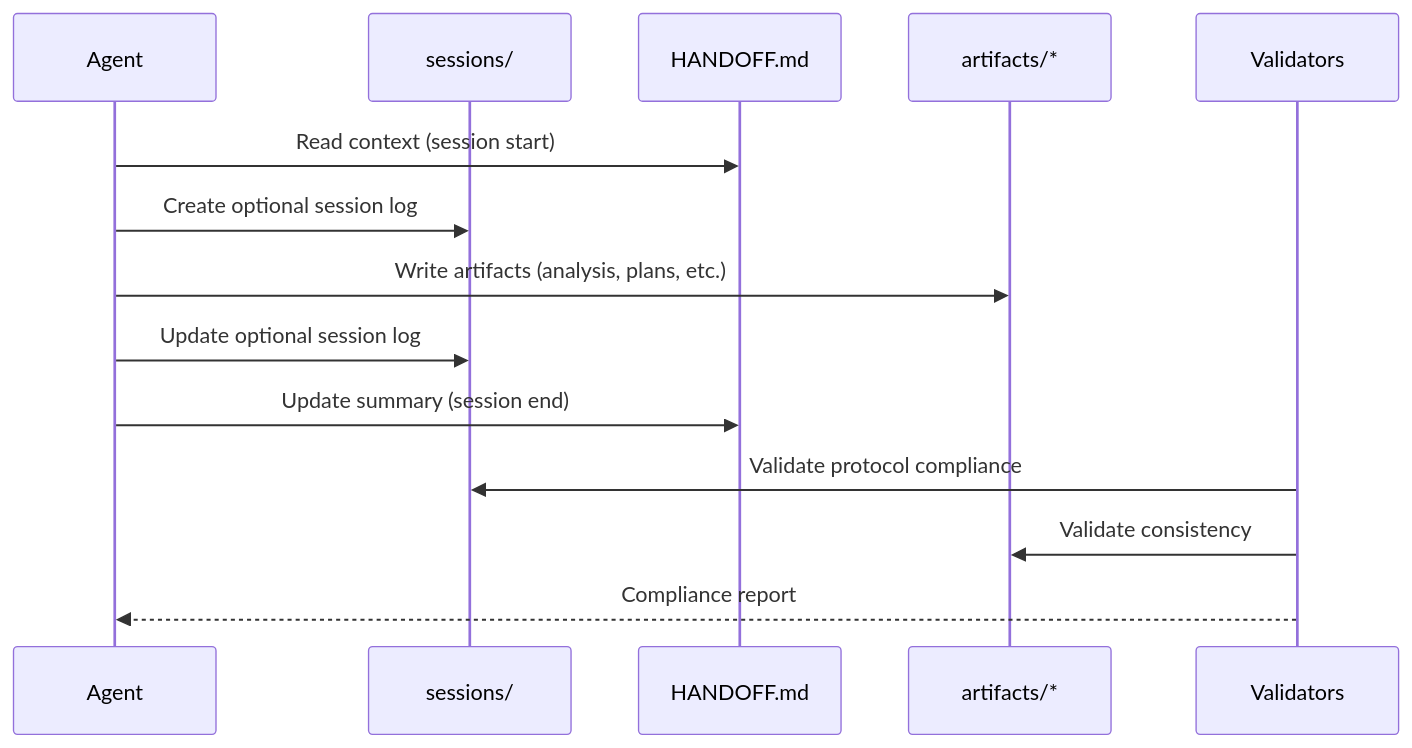
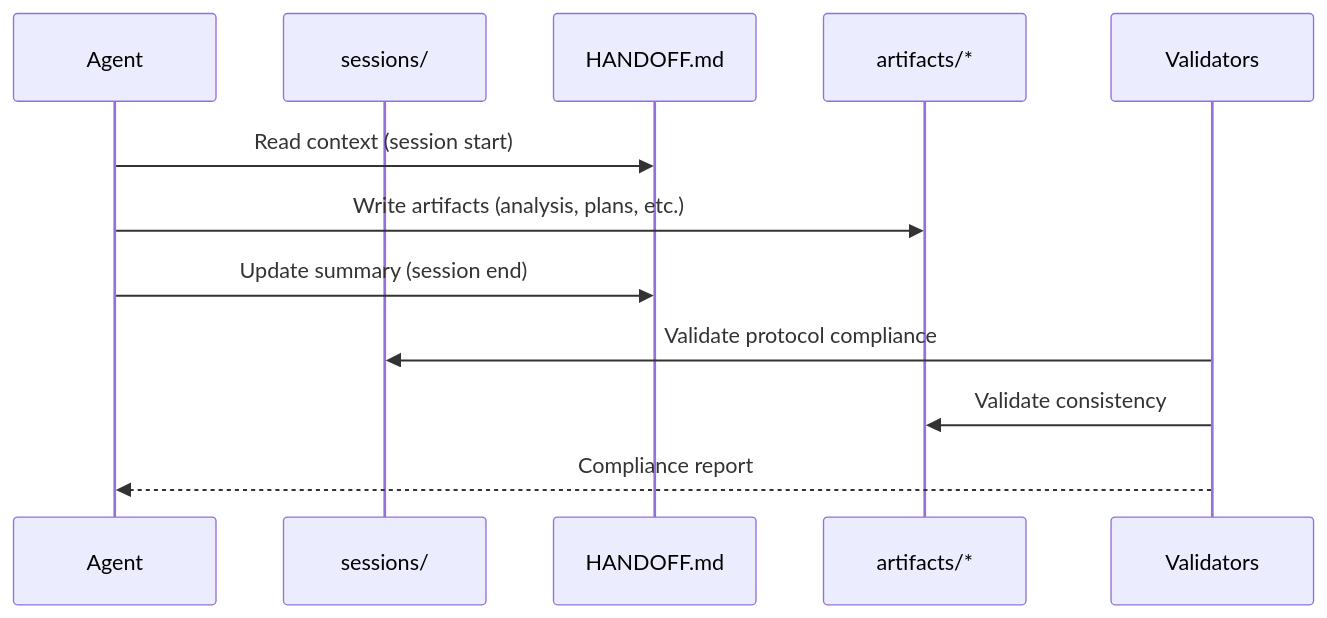
Before and after one commit to rjmurillo/ai-agents: the second of 3 diagrams in .agents/AGENTS.md, drawn with Mermaid. The commit also changed other lines of this file and 3 other files, not shown here.

First line of the commit message:
docs(agents): discontinue session log creation in operational docs

````diff
--- a/.agents/AGENTS.md
+++ b/.agents/AGENTS.md
@@ -149,18 +149,16 @@
 ```mermaid
 sequenceDiagram
     participant Agent
     participant Session as sessions/
     participant Handoff as HANDOFF.md
     participant Output as artifacts/*
     participant Validation as Validators
 
     Agent->>Handoff: Read context (session start)
-    Agent->>Session: Create optional session log
     Agent->>Output: Write artifacts (analysis, plans, etc.)
-    Agent->>Session: Update optional session log
     Agent->>Handoff: Update summary (session end)
 
     Validation->>Session: Validate protocol compliance
     Validation->>Output: Validate consistency
     Validation-->>Agent: Compliance report
 ```
````
